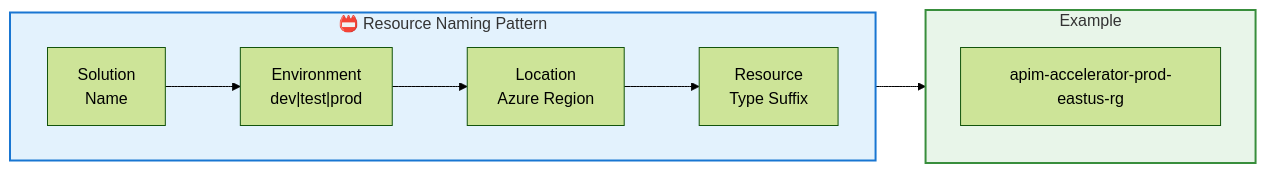
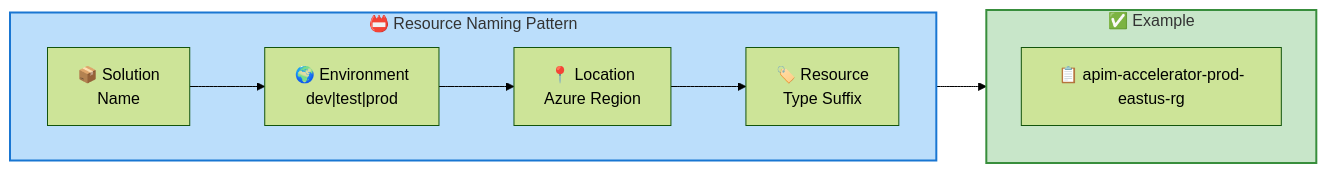
Before and after one commit to Evilazaro/APIM-Accelerator: the eighth of 10 diagrams in docs/architecture/Business_Architecture_Document.md, drawn with Mermaid (forest theme). The commit also changed other lines of this file and 1 other file, not shown here.

Commit message:
Enhance Data Architecture Document with improved flowcharts and semantic icons for better clarity and visual appeal

````diff
--- a/docs/architecture/Business_Architecture_Document.md
+++ b/docs/architecture/Business_Architecture_Document.md
@@ -422,24 +447,27 @@
 ```mermaid
 %%{init: {"flowchart": {"htmlLabels": false}} }%%
+%% ============================================
+%% COLOR SCHEME: Semantic (pattern=blue, example=green)
+%% ============================================
 flowchart LR
     subgraph naming["📛 Resource Naming Pattern"]
         direction LR
-        N1["Solution<br/>Name"]
-        N2["Environment<br/>dev|test|prod"]
-        N3["Location<br/>Azure Region"]
-        N4["Resource<br/>Type Suffix"]
+        N1["📦 Solution<br/>Name"]
+        N2["🌍 Environment<br/>dev|test|prod"]
+        N3["📍 Location<br/>Azure Region"]
+        N4["🏷️ Resource<br/>Type Suffix"]
 
         N1 --> N2
         N2 --> N3
         N3 --> N4
     end
 
-    subgraph example["Example"]
-        E1["apim-accelerator-prod-eastus-rg"]
+    subgraph example["✅ Example"]
+        E1["📋 apim-accelerator-prod-eastus-rg"]
     end
 
     naming --> example
 
-    style naming fill:#E3F2FD,stroke:#1976D2,stroke-width:2px
-    style example fill:#E8F5E9,stroke:#388E3C,stroke-width:2px
+    style naming fill:#BBDEFB,stroke:#1976D2,stroke-width:2px
+    style example fill:#C8E6C9,stroke:#388E3C,stroke-width:2px
 ```
````
